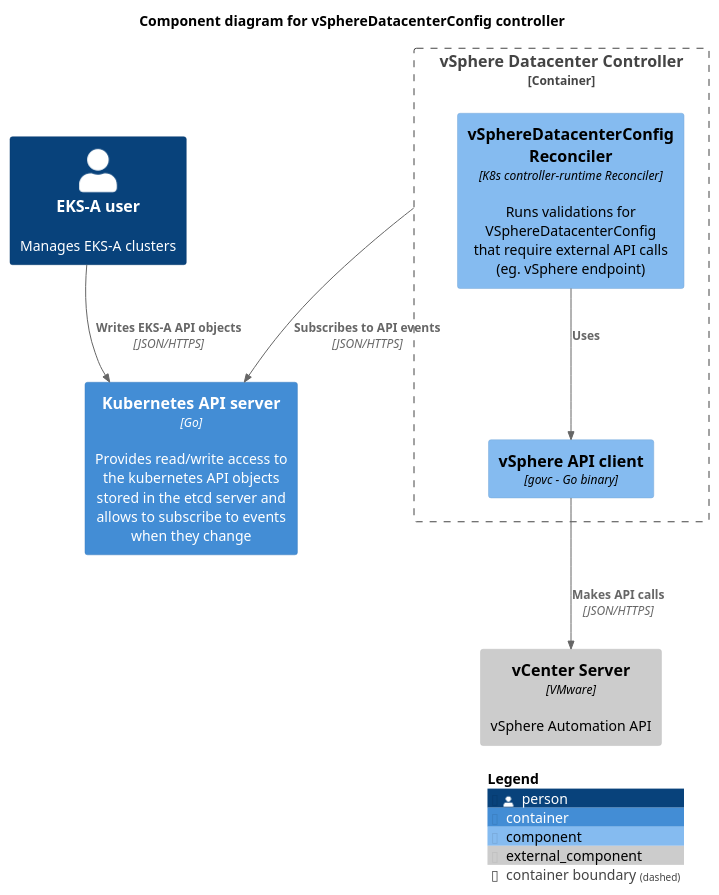
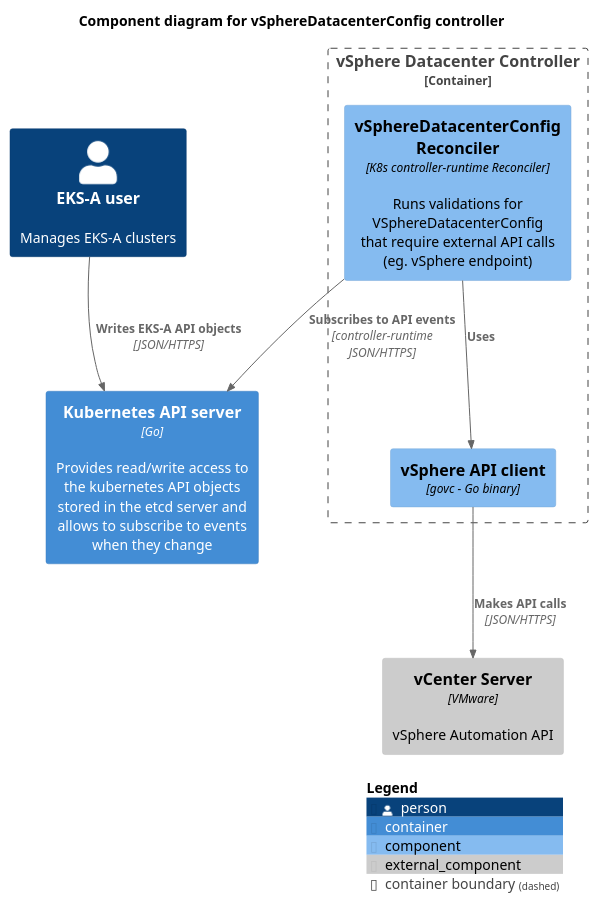
One commit to aws/eks-anywhere changed the diagram in designs/images/vspheredatacenterconfig-controller-container-components.puml. Above: the diagram before and after it, drawn with PlantUML. The commit also changed 5 other files, not shown here.

```diff
--- a/designs/images/vspheredatacenterconfig-controller-container-components.puml
+++ b/designs/images/vspheredatacenterconfig-controller-container-components.puml
@@ -1,24 +1,24 @@
 @startuml vspheredatacenterconfig-controller-container-components
 !include https://raw.githubusercontent.com/plantuml-stdlib/C4-PlantUML/master/C4_Component.puml
 
 title Component diagram for vSphereDatacenterConfig controller
 
 Person(user, "EKS-A user", "Manages EKS-A clusters")
 Container(kubeApiServer, "Kubernetes API server", "Go", "Provides read/write access to the kubernetes API objects stored in the etcd server and allows to subscribe to events when they change")
 
 Container_Boundary(vSphereDatacenterController, "vSphere Datacenter Controller") {
     Component(vsphereDatacenterReconciler, "vSphereDatacenterConfig Reconciler", "K8s controller-runtime Reconciler", "Runs validations for VSphereDatacenterConfig that require external API calls (eg. vSphere endpoint)")
     Component(govc, "vSphere API client", "govc - Go binary")
 
     Rel(vsphereDatacenterReconciler, govc, "Uses")
 }
 
 Component_Ext(vCenter, "vCenter Server", "VMware", "vSphere Automation API")
 Rel(govc, vCenter, "Makes API calls", "JSON/HTTPS")
 
 Rel(user, kubeApiServer, "Writes EKS-A API objects", "JSON/HTTPS")
 
-Rel(vSphereDatacenterController, kubeApiServer, "Subscribes to API events", "JSON/HTTPS")
+Rel(vsphereDatacenterReconciler, kubeApiServer, "Subscribes to API events", "controller-runtime JSON/HTTPS")
 
 SHOW_LEGEND()
 @enduml
```
